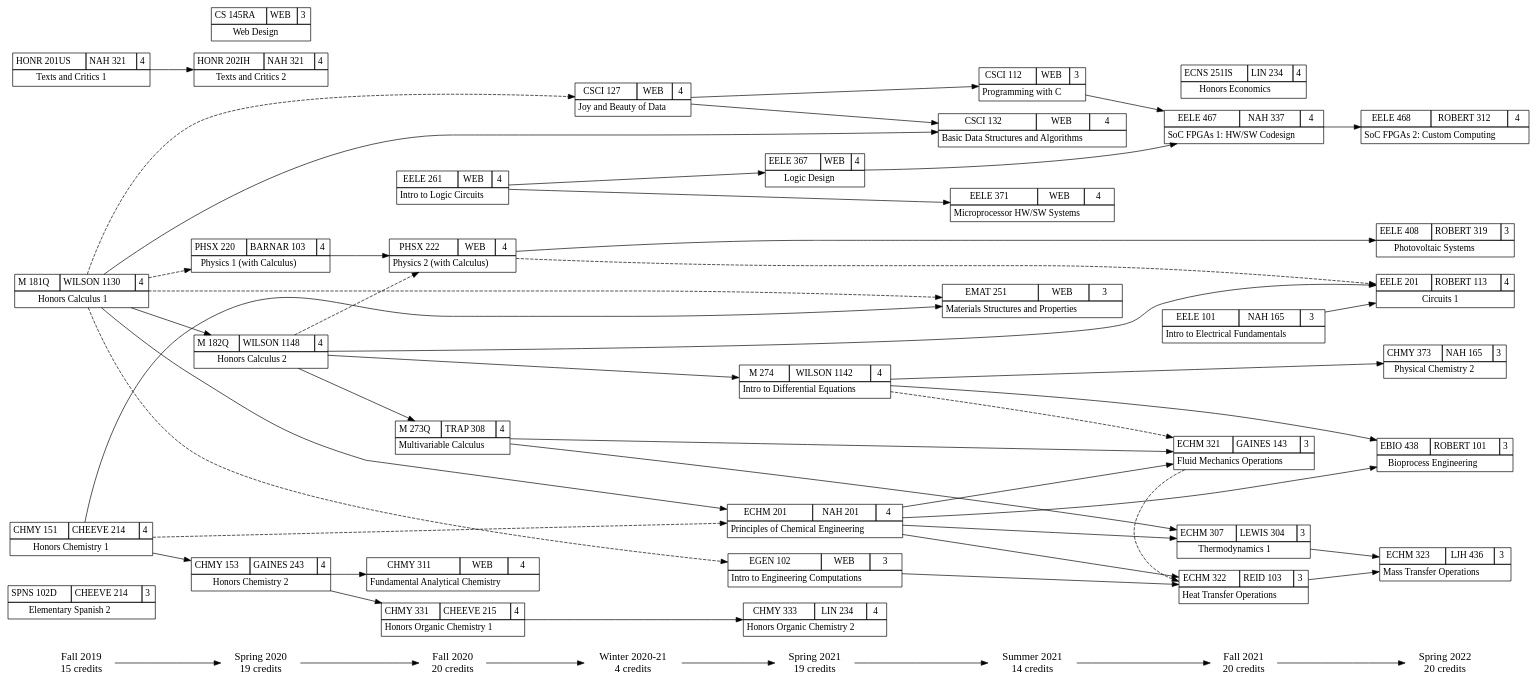
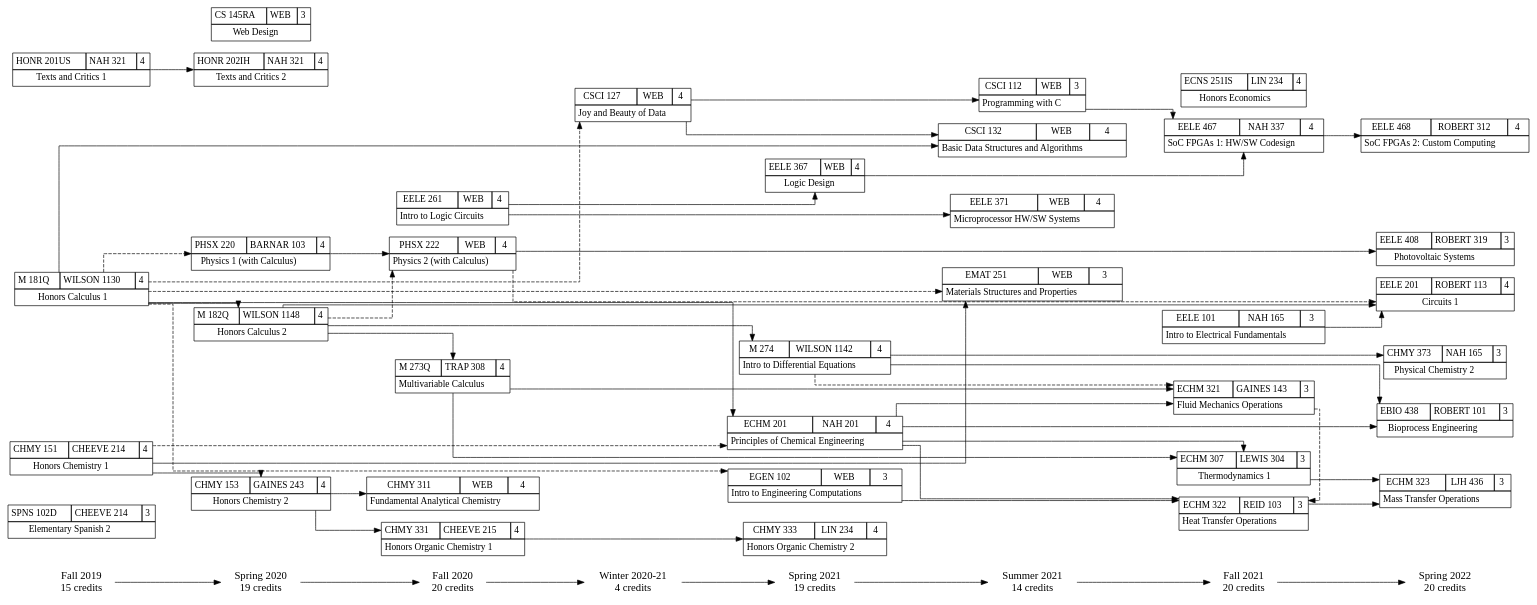
The diagram in courses_current.gv (w-culhane/courses-flowchart), drawn with Graphviz before and after one commit. The commit also changed 2 other files, not shown here.

Commit message:
Switch splines back to orthogonal with concentration

```diff
--- a/courses_current.gv
+++ b/courses_current.gv
@@ -1,5 +1,5 @@
 digraph current {
-ranksep=.75; rankdir=LR;
+ranksep=.75; rankdir=LR; concentrate=true; splines=ortho;
 
 {node [shape=plaintext,fontsize=16];
 	"Fall 2019" -> "Spring 2020"
```
